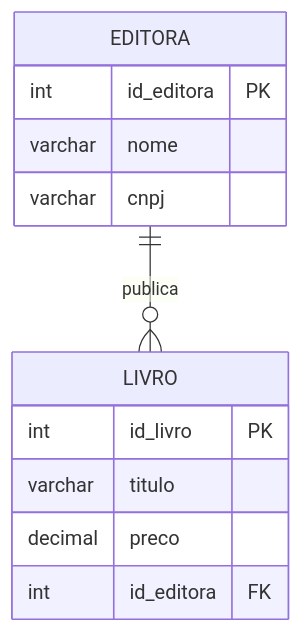
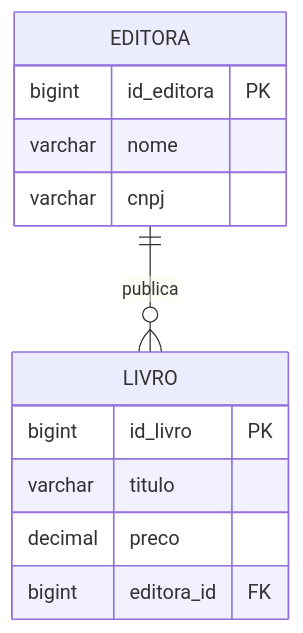
Before and after one commit to DSM-Fatec-Jahu/Banco-de-Dados-Relacional-IBD015: diagram 11 of 12 in aulas/Cardinalidade_MER_Completo.md, drawn with Mermaid. The commit also changed other lines of this file and 13 other files, not shown here.

````diff
--- a/aulas/Cardinalidade_MER_Completo.md
+++ b/aulas/Cardinalidade_MER_Completo.md
@@ -532,17 +532,17 @@
 ```mermaid
 erDiagram
     EDITORA {
-        int id_editora PK
+        bigint id_editora PK
         varchar nome
         varchar cnpj
     }
 
     LIVRO {
-        int id_livro PK
+        bigint id_livro PK
         varchar titulo
         decimal preco
-        int id_editora FK
+        bigint editora_id FK
     }
 
     EDITORA ||--o{ LIVRO : "publica"
 ```
````
